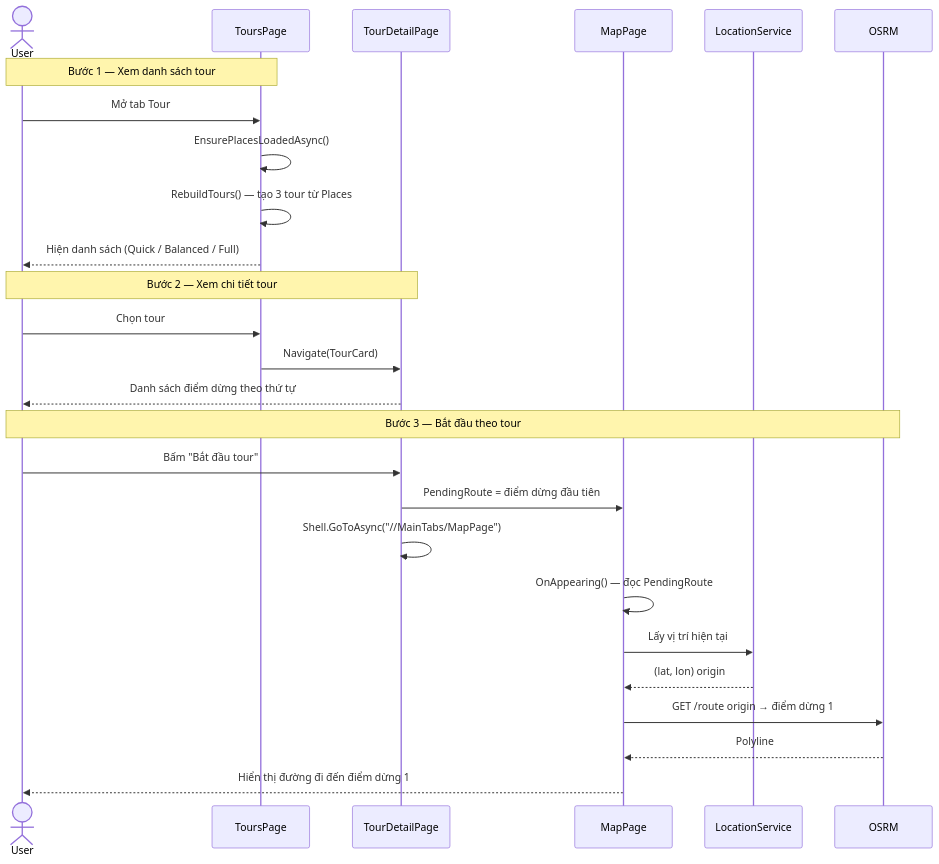
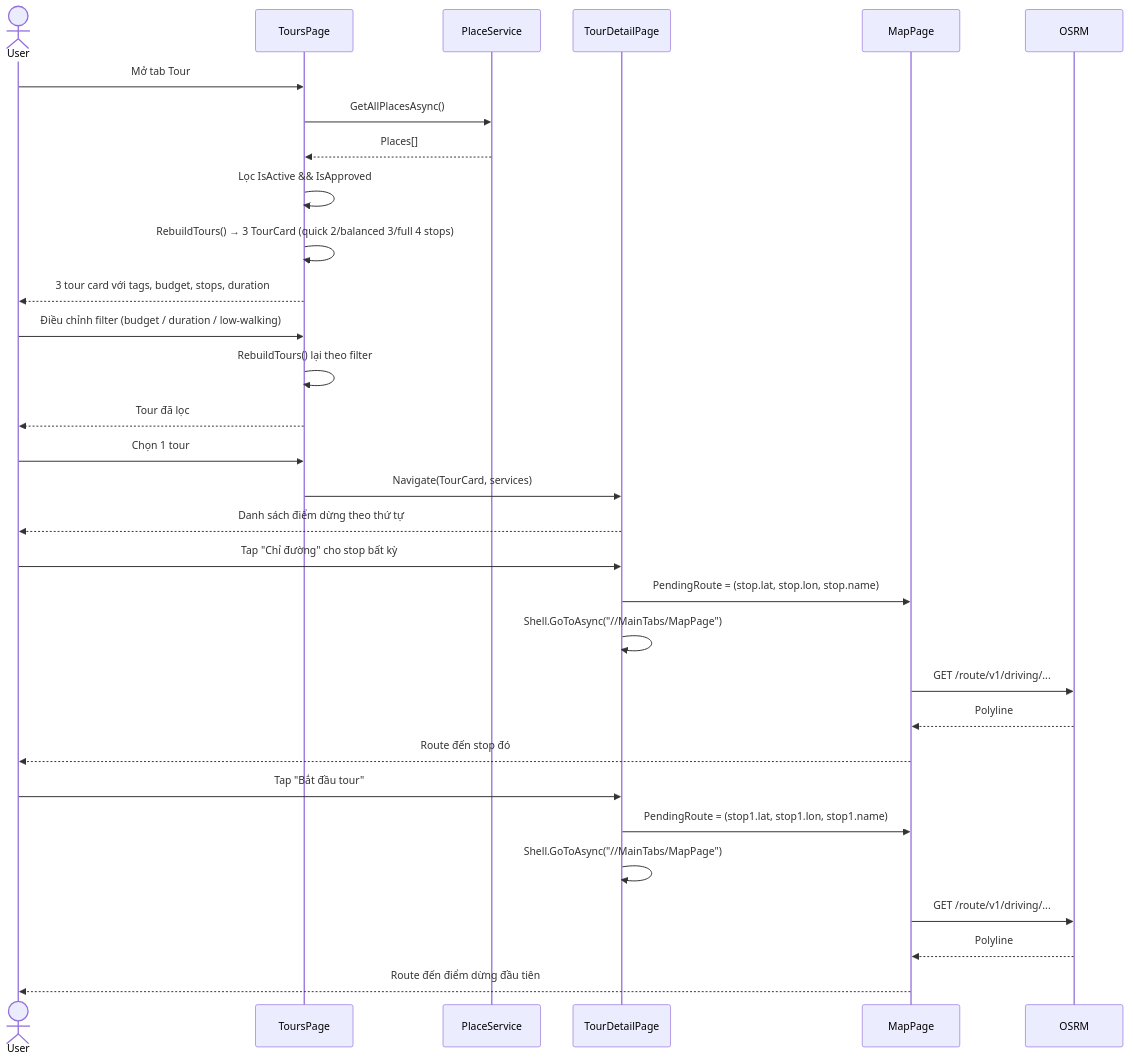
The ninth of 22 diagrams in PRD.md (MTai55/TourguideProjectApp), drawn with Mermaid before and after one commit. The commit also changed other lines of this file and 2 other files, not shown here.

````diff
--- a/PRD.md
+++ b/PRD.md
@@ -1229,31 +1470,38 @@
 ```mermaid
 sequenceDiagram
     actor User
     participant ToursPage
-    participant TourDetailPage
+    participant PlaceService
+    participant TDP as TourDetailPage
     participant MapPage
-    participant LocationService
     participant OSRM
 
-    Note over User,ToursPage: Bước 1 — Xem danh sách tour
     User->>ToursPage: Mở tab Tour
-    ToursPage->>ToursPage: EnsurePlacesLoadedAsync()
-    ToursPage->>ToursPage: RebuildTours() — tạo 3 tour từ Places
-    ToursPage-->>User: Hiện danh sách (Quick / Balanced / Full)
+    ToursPage->>PlaceService: GetAllPlacesAsync()
+    PlaceService-->>ToursPage: Places[]
+    ToursPage->>ToursPage: Lọc IsActive && IsApproved
+    ToursPage->>ToursPage: RebuildTours() → 3 TourCard (quick 2/balanced 3/full 4 stops)
+    ToursPage-->>User: 3 tour card với tags, budget, stops, duration
 
-    Note over User,TourDetailPage: Bước 2 — Xem chi tiết tour
-    User->>ToursPage: Chọn tour
-    ToursPage->>TourDetailPage: Navigate(TourCard)
-    TourDetailPage-->>User: Danh sách điểm dừng theo thứ tự
+    User->>ToursPage: Điều chỉnh filter (budget / duration / low-walking)
+    ToursPage->>ToursPage: RebuildTours() lại theo filter
+    ToursPage-->>User: Tour đã lọc
 
-    Note over User,OSRM: Bước 3 — Bắt đầu theo tour
-    User->>TourDetailPage: Bấm "Bắt đầu tour"
-    TourDetailPage->>MapPage: PendingRoute = điểm dừng đầu tiên
-    TourDetailPage->>TourDetailPage: Shell.GoToAsync("//MainTabs/MapPage")
-    MapPage->>MapPage: OnAppearing() — đọc PendingRoute
-    MapPage->>LocationService: Lấy vị trí hiện tại
-    LocationService-->>MapPage: (lat, lon) origin
-    MapPage->>OSRM: GET /route origin → điểm dừng 1
+    User->>ToursPage: Chọn 1 tour
+    ToursPage->>TDP: Navigate(TourCard, services)
+    TDP-->>User: Danh sách điểm dừng theo thứ tự
+
+    User->>TDP: Tap "Chỉ đường" cho stop bất kỳ
+    TDP->>MapPage: PendingRoute = (stop.lat, stop.lon, stop.name)
+    TDP->>TDP: Shell.GoToAsync("//MainTabs/MapPage")
+    MapPage->>OSRM: GET /route/v1/driving/...
     OSRM-->>MapPage: Polyline
-    MapPage-->>User: Hiển thị đường đi đến điểm dừng 1
+    MapPage-->>User: Route đến stop đó
+
+    User->>TDP: Tap "Bắt đầu tour"
+    TDP->>MapPage: PendingRoute = (stop1.lat, stop1.lon, stop1.name)
+    TDP->>TDP: Shell.GoToAsync("//MainTabs/MapPage")
+    MapPage->>OSRM: GET /route/v1/driving/...
+    OSRM-->>MapPage: Polyline
+    MapPage-->>User: Route đến điểm dừng đầu tiên
 ```
````
